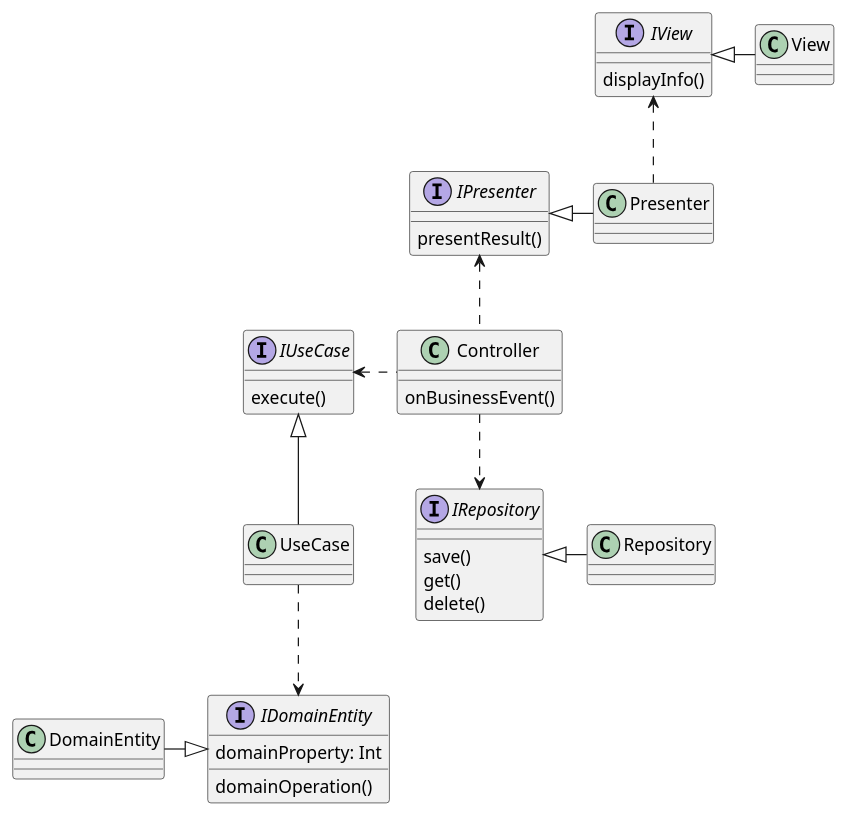
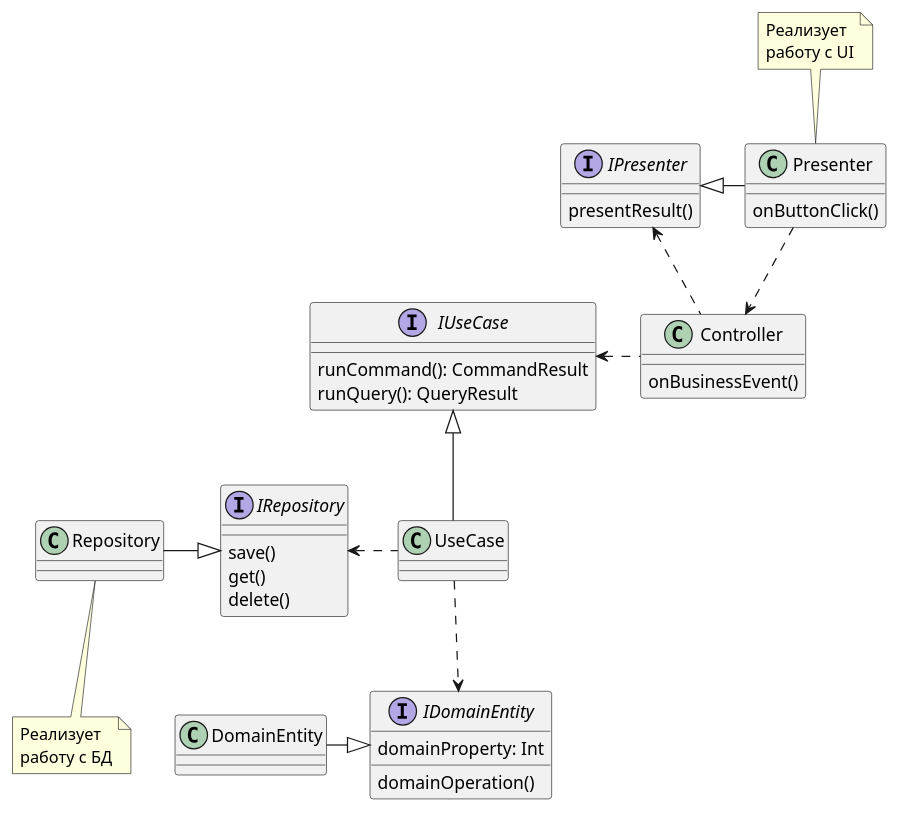
One commit to mikhailandronov/RoversExercise changed the diagram in src/diagrams/CleanArchitecture.puml. Above: the diagram before and after it, drawn with PlantUML. The commit also changed 2 other files, not shown here.

Commit message:
Added overall architecture diagram

```diff
--- a/src/diagrams/CleanArchitecture.puml
+++ b/src/diagrams/CleanArchitecture.puml
@@ -1,48 +1,58 @@
 @startuml
 'https://plantuml.com/class-diagram
 
 interface IDomainEntity{
     domainProperty: Int
     domainOperation()
 }
 class DomainEntity
-IDomainEntity <|-l- DomainEntity
+DomainEntity -r-|> IDomainEntity
 
 interface IRepository{
     save()
     get()
     delete()
 }
+
 class Repository
-IRepository <|-r- Repository
+IRepository <|-l- Repository
+note bottom of Repository: Реализует \nработу с БД
 
 interface IPresenter{
     presentResult()
 }
-class Presenter
+
+class Presenter{
+    onButtonClick()
+}
 IPresenter <|-r- Presenter
+note top of Presenter: Реализует \nработу с UI
 
+/'
 interface IView{
     displayInfo()
 }
 class View
 IView <|-r- View
-
+Presenter .u.> IView
+'/
 interface IUseCase{
-    execute()
+    runCommand(): CommandResult
+    runQuery(): QueryResult
 }
 class UseCase
 IUseCase <|-d- UseCase
 
 UseCase ..> IDomainEntity
 
 class Controller{
     onBusinessEvent()
 }
 
 Controller .l.> IUseCase
-Controller .d.> IRepository
+UseCase .l.> IRepository
 Controller .u.> IPresenter
 
-Presenter .u.> IView
+Presenter .d.> Controller
+
 @enduml
```
